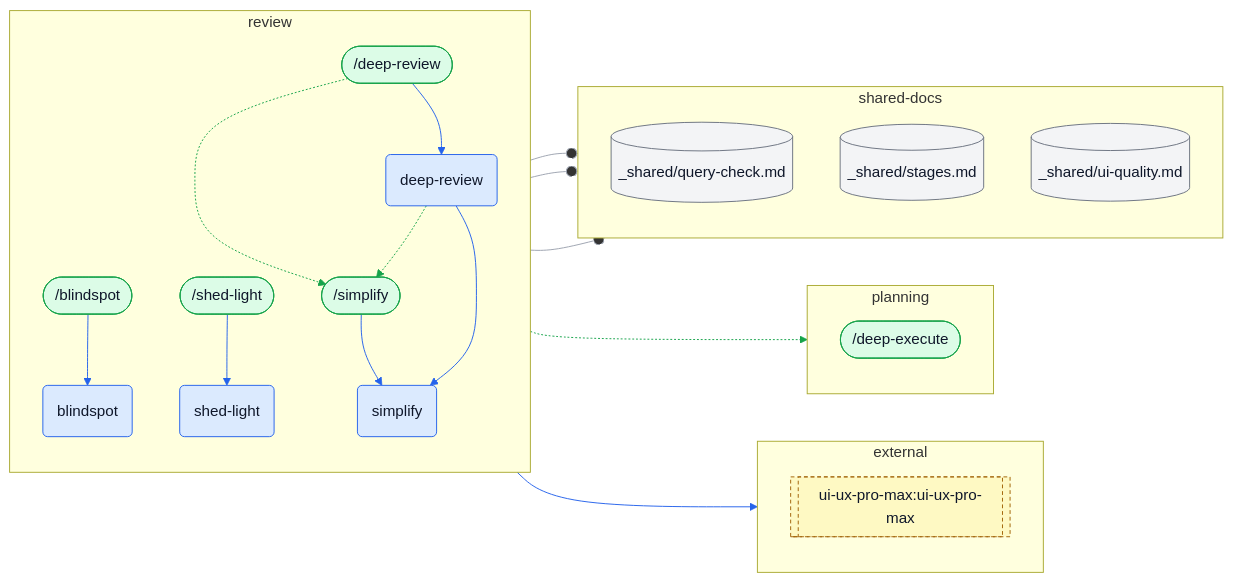
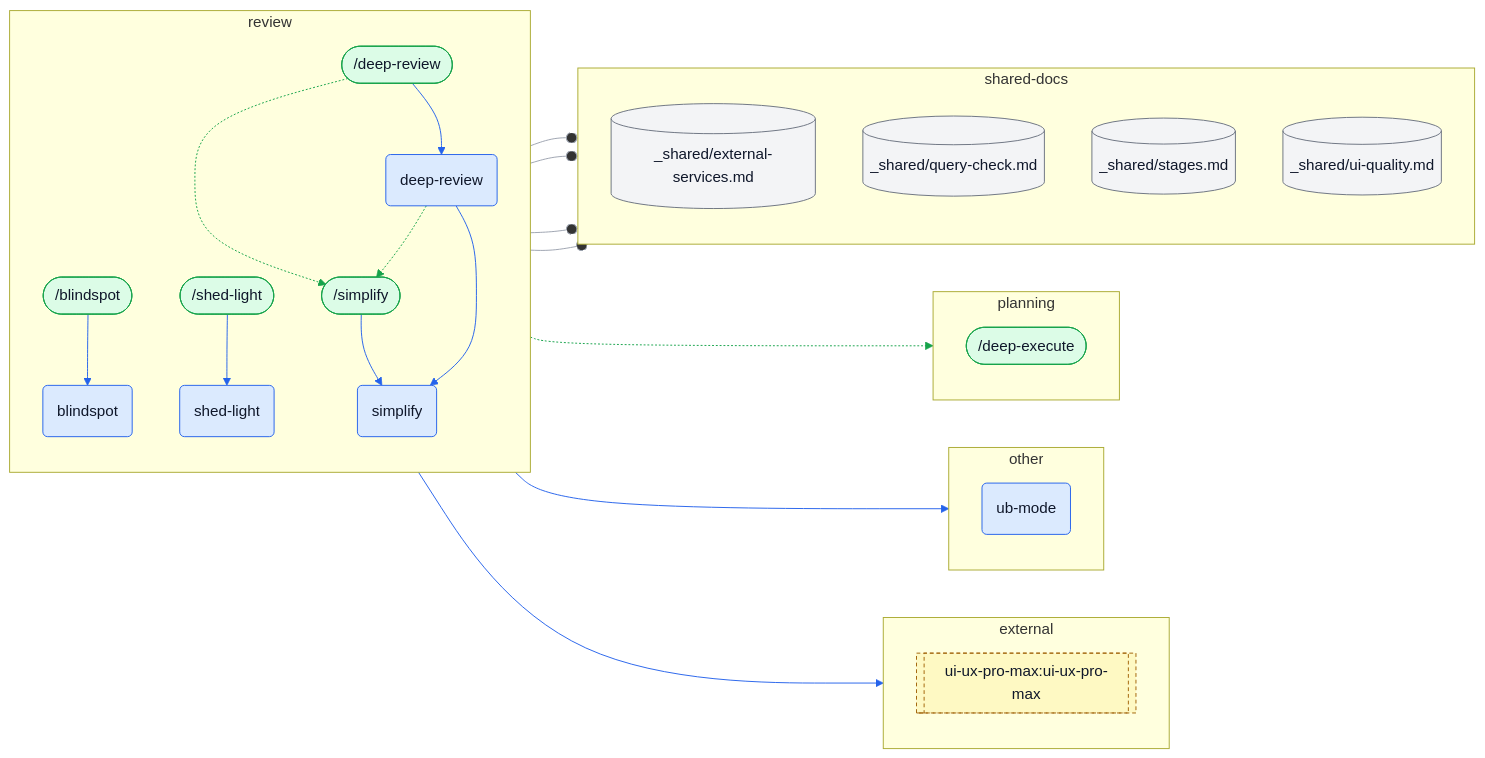
The seventh of 10 diagrams in docs/skills-map.md (ybarsotti/dotfiles), drawn with Mermaid before and after one commit. The commit also changed other lines of this file and 32 other files, not shown here.

````diff
--- a/docs/skills-map.md
+++ b/docs/skills-map.md
@@ -581,58 +736,67 @@
 ```mermaid
 flowchart LR
   subgraph cl_external["external"]
     direction TB
     x_ui_ux_pro_max_ui_ux_pro_max[["ui-ux-pro-max:ui-ux-pro-max"]]:::external
+  end
+  subgraph cl_other["other"]
+    direction TB
+    s_ub_mode("ub-mode"):::skill
   end
   subgraph cl_planning["planning"]
     direction TB
     c_deep_execute(["/deep-execute"]):::command
   end
   subgraph cl_review["review"]
     direction TB
     c_blindspot(["/blindspot"]):::command
     c_deep_review(["/deep-review"]):::command
     c_shed_light(["/shed-light"]):::command
     c_simplify(["/simplify"]):::command
     s_blindspot("blindspot"):::skill
     s_deep_review("deep-review"):::skill
     s_shed_light("shed-light"):::skill
     s_simplify("simplify"):::skill
   end
   subgraph cl_shared_docs["shared-docs"]
     direction TB
+    d_external_services[("_shared/external-services.md")]:::shared
     d_query_check[("_shared/query-check.md")]:::shared
     d_stages[("_shared/stages.md")]:::shared
     d_ui_quality[("_shared/ui-quality.md")]:::shared
   end
   c_blindspot --> s_blindspot
   c_deep_review -.-> c_simplify
   c_deep_review --> s_deep_review
   c_shed_light --> s_shed_light
   c_simplify --> s_simplify
   s_deep_review -.-> c_deep_execute
   s_deep_review -.-> c_simplify
+  s_deep_review --o d_external_services
   s_deep_review --o d_query_check
   s_deep_review --o d_stages
   s_deep_review --o d_ui_quality
   s_deep_review --> s_simplify
+  s_deep_review --> s_ub_mode
   s_deep_review --> x_ui_ux_pro_max_ui_ux_pro_max
   linkStyle 0 stroke:#2563eb
   linkStyle 1 stroke:#16a34a
   linkStyle 2 stroke:#2563eb
   linkStyle 3 stroke:#2563eb
   linkStyle 4 stroke:#2563eb
   linkStyle 5 stroke:#16a34a
   linkStyle 6 stroke:#16a34a
   linkStyle 7 stroke:#9ca3af
   linkStyle 8 stroke:#9ca3af
   linkStyle 9 stroke:#9ca3af
-  linkStyle 10 stroke:#2563eb
+  linkStyle 10 stroke:#9ca3af
   linkStyle 11 stroke:#2563eb
+  linkStyle 12 stroke:#2563eb
+  linkStyle 13 stroke:#2563eb
   classDef skill fill:#dbeafe,stroke:#2563eb,color:#0f172a
   classDef command fill:#dcfce7,stroke:#16a34a,color:#0f172a
   classDef agent fill:#fce7f3,stroke:#db2777,color:#0f172a
   classDef shared fill:#f3f4f6,stroke:#6b7280,color:#0f172a
   classDef external fill:#fef9c3,stroke:#a16207,color:#0f172a,stroke-dasharray:4 3
   classDef step fill:#ffffff,stroke:#6b7280,color:#0f172a,stroke-dasharray:2 2
 ```
````
